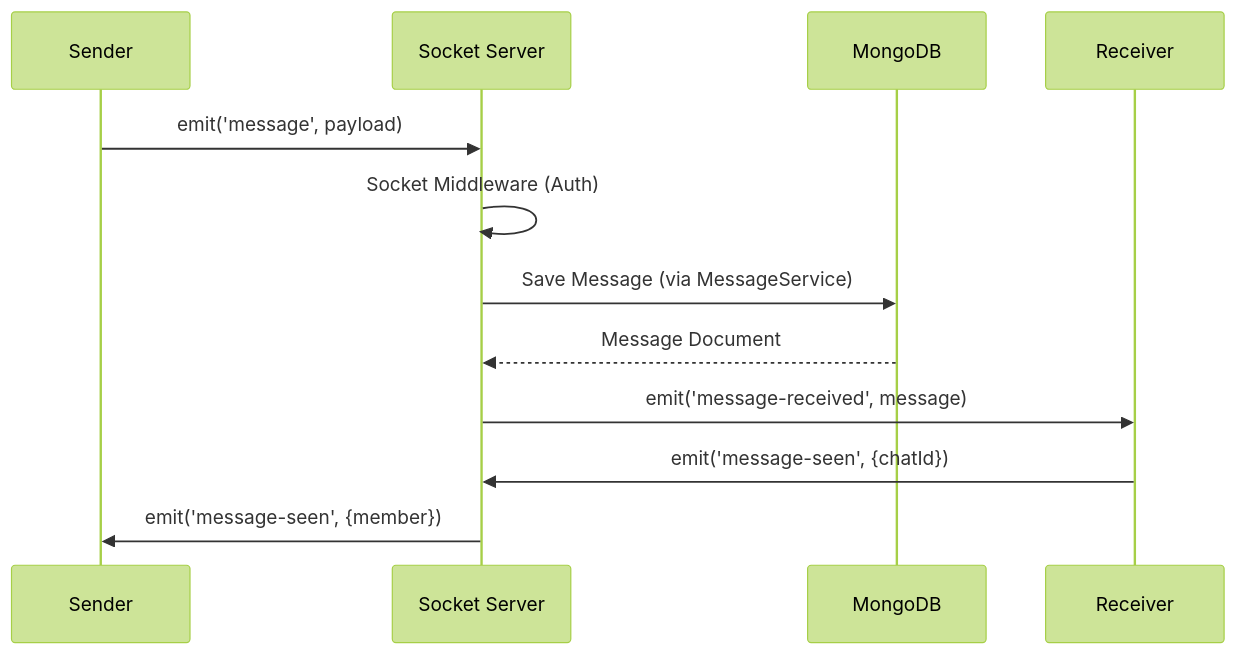
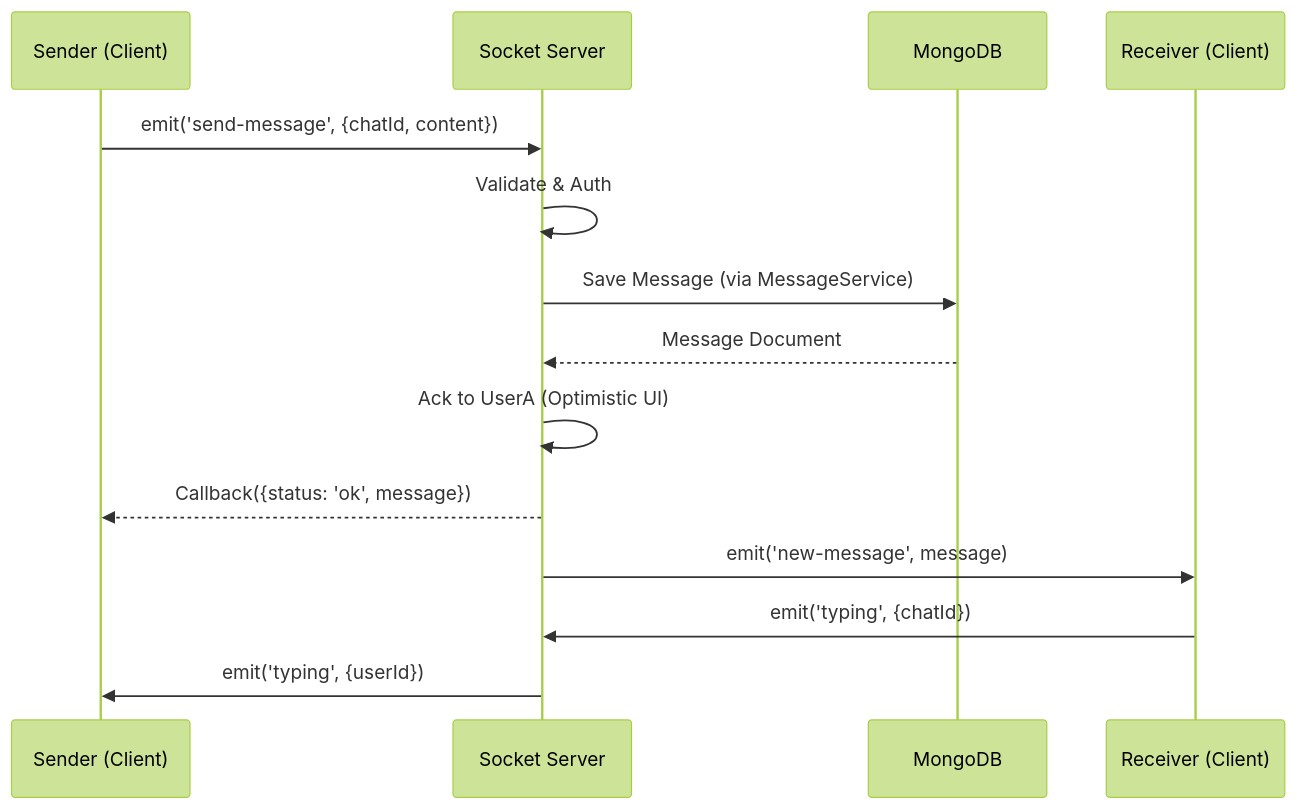
Before and after one commit to gaurishankar007/Backend-Projects: the second of 2 diagrams in README.md, drawn with Mermaid (forest theme). The commit also changed other lines of this file and 12 other files, not shown here.

````diff
--- a/README.md
+++ b/README.md
@@ -45,15 +49,17 @@
 ```mermaid
 sequenceDiagram
-    participant UserA as Sender
+    participant UserA as Sender (Client)
     participant Server as Socket Server
     participant DB as MongoDB
-    participant UserB as Receiver
+    participant UserB as Receiver (Client)
 
-    UserA->>Server: emit('message', payload)
-    Server->>Server: Socket Middleware (Auth)
+    UserA->>Server: emit('send-message', {chatId, content})
+    Server->>Server: Validate & Auth
     Server->>DB: Save Message (via MessageService)
     DB-->>Server: Message Document
-    Server->>UserB: emit('message-received', message)
-    UserB->>Server: emit('message-seen', {chatId})
-    Server->>UserA: emit('message-seen', {member})
+    Server->>Server: Ack to UserA (Optimistic UI)
+    Server-->>UserA: Callback({status: 'ok', message})
+    Server->>UserB: emit('new-message', message)
+    UserB->>Server: emit('typing', {chatId})
+    Server->>UserA: emit('typing', {userId})
 ```
````
